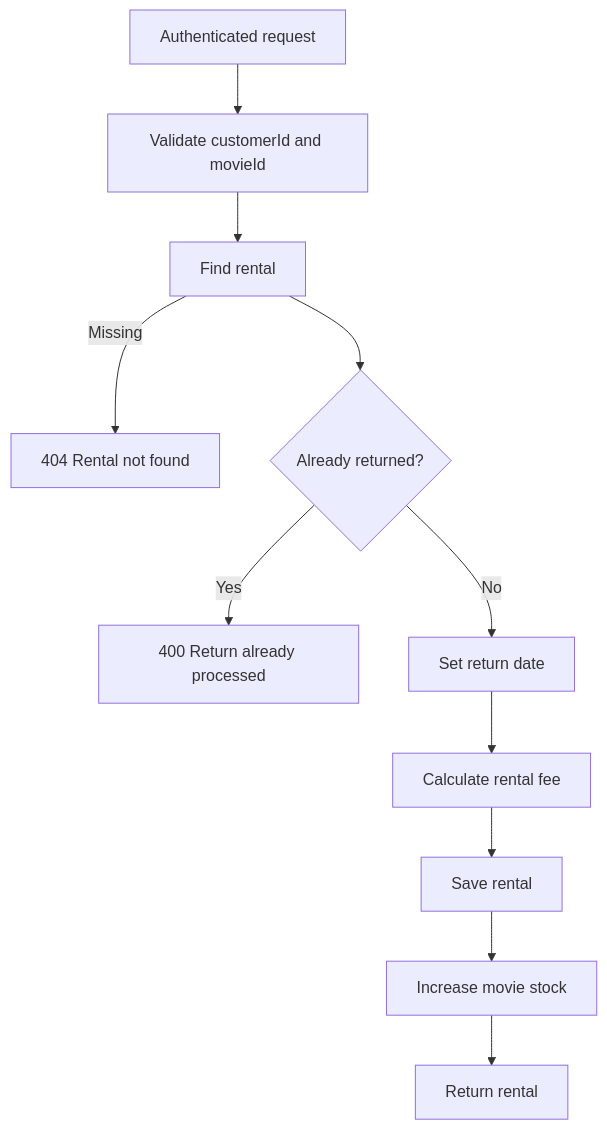
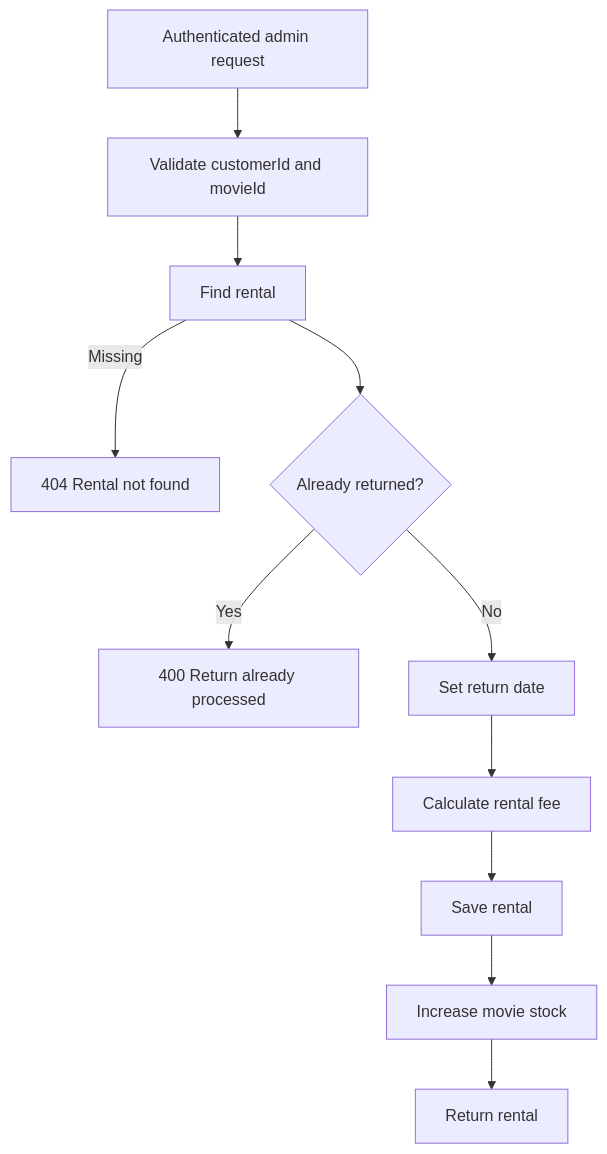
The fifth of 7 diagrams in backend/README.md (silalkhan/vidly-full-stack), drawn with Mermaid before and after one commit. The commit also changed other lines of this file and 37 other files, not shown here.

````diff
--- a/backend/README.md
+++ b/backend/README.md
@@ -255,13 +261,13 @@
 ```mermaid
 flowchart TD
-    A[Authenticated request] --> B[Validate customerId and movieId]
+    A[Authenticated admin request] --> B[Validate customerId and movieId]
     B --> C[Find rental]
     C -->|Missing| D[404 Rental not found]
     C --> E{Already returned?}
     E -->|Yes| F[400 Return already processed]
     E -->|No| G[Set return date]
     G --> H[Calculate rental fee]
     H --> I[Save rental]
     I --> J[Increase movie stock]
     J --> K[Return rental]
 ```
````
